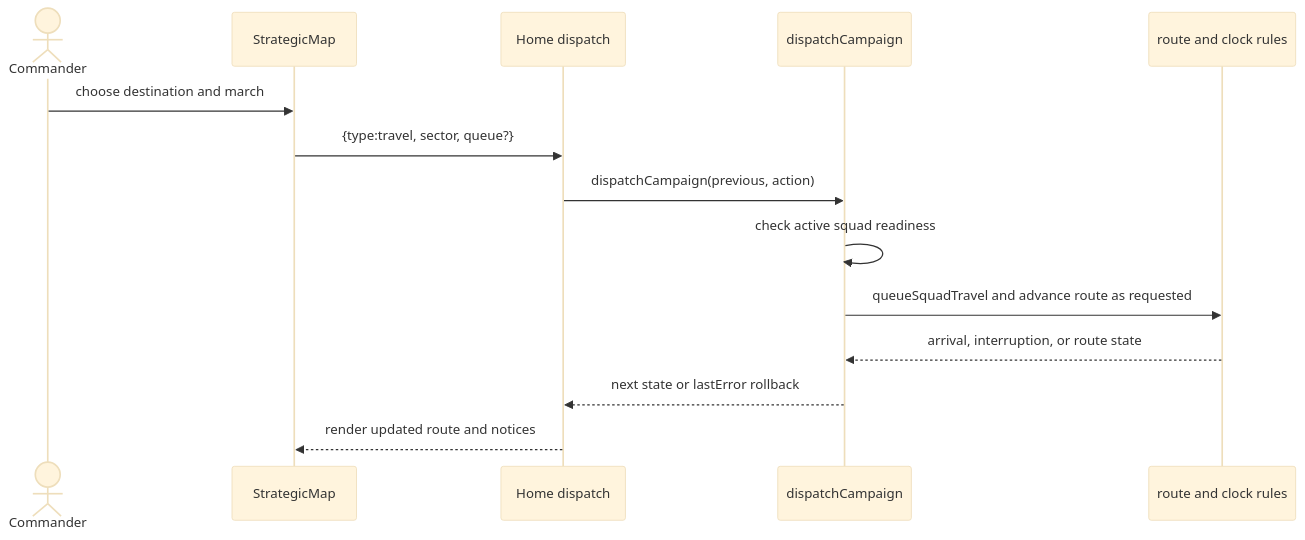
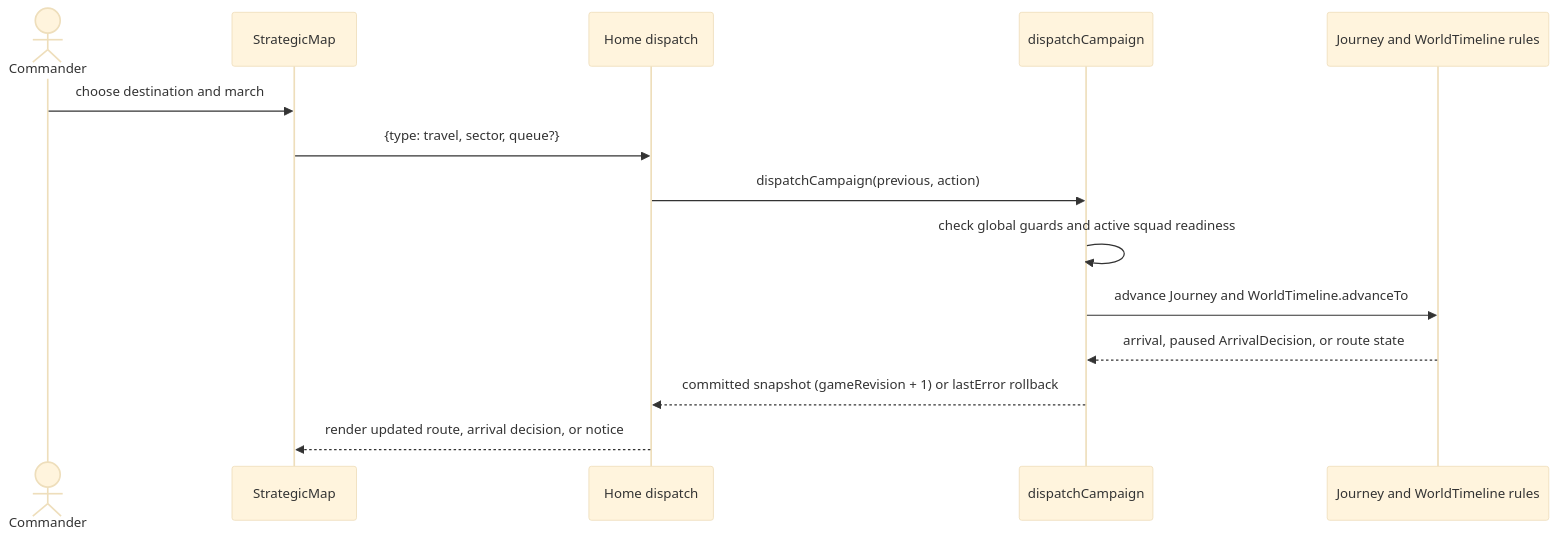
Before and after one commit to fsodano/granaderos: the first of 2 diagrams in docs/architecture/use-cases/strategic.md, drawn with Mermaid (base theme). The commit also changed other lines of this file and 1182 other files, not shown here.

````diff
--- a/docs/architecture/use-cases/strategic.md
+++ b/docs/architecture/use-cases/strategic.md
@@ -92,16 +98,16 @@
 ```mermaid
 sequenceDiagram
   actor Commander
   participant Map as StrategicMap
   participant H as Home dispatch
   participant C as dispatchCampaign
-  participant R as route and clock rules
+  participant R as Journey and WorldTimeline rules
   Commander->>Map: choose destination and march
-  Map->>H: {type:travel, sector, queue?}
+  Map->>H: {type: travel, sector, queue?}
   H->>C: dispatchCampaign(previous, action)
-  C->>C: check active squad readiness
-  C->>R: queueSquadTravel and advance route as requested
-  R-->>C: arrival, interruption, or route state
-  C-->>H: next state or lastError rollback
-  H-->>Map: render updated route and notices
+  C->>C: check global guards and active squad readiness
+  C->>R: advance Journey and WorldTimeline.advanceTo
+  R-->>C: arrival, paused ArrivalDecision, or route state
+  C-->>H: committed snapshot (gameRevision + 1) or lastError rollback
+  H-->>Map: render updated route, arrival decision, or notice
 ```
````
